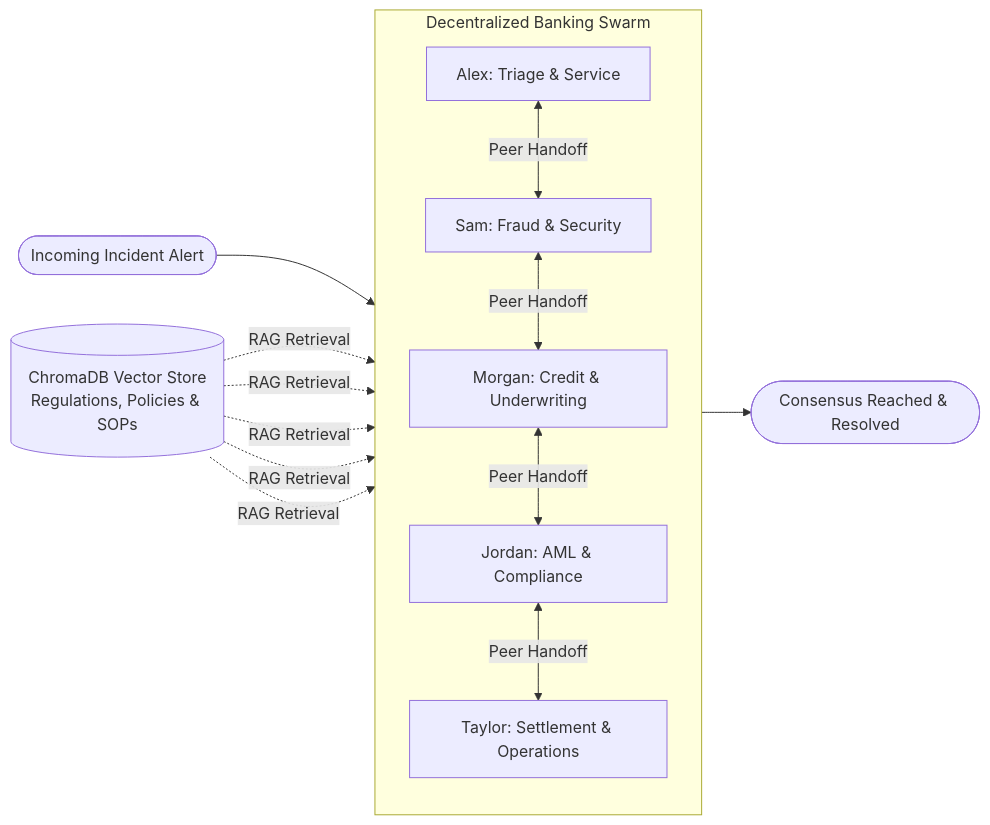
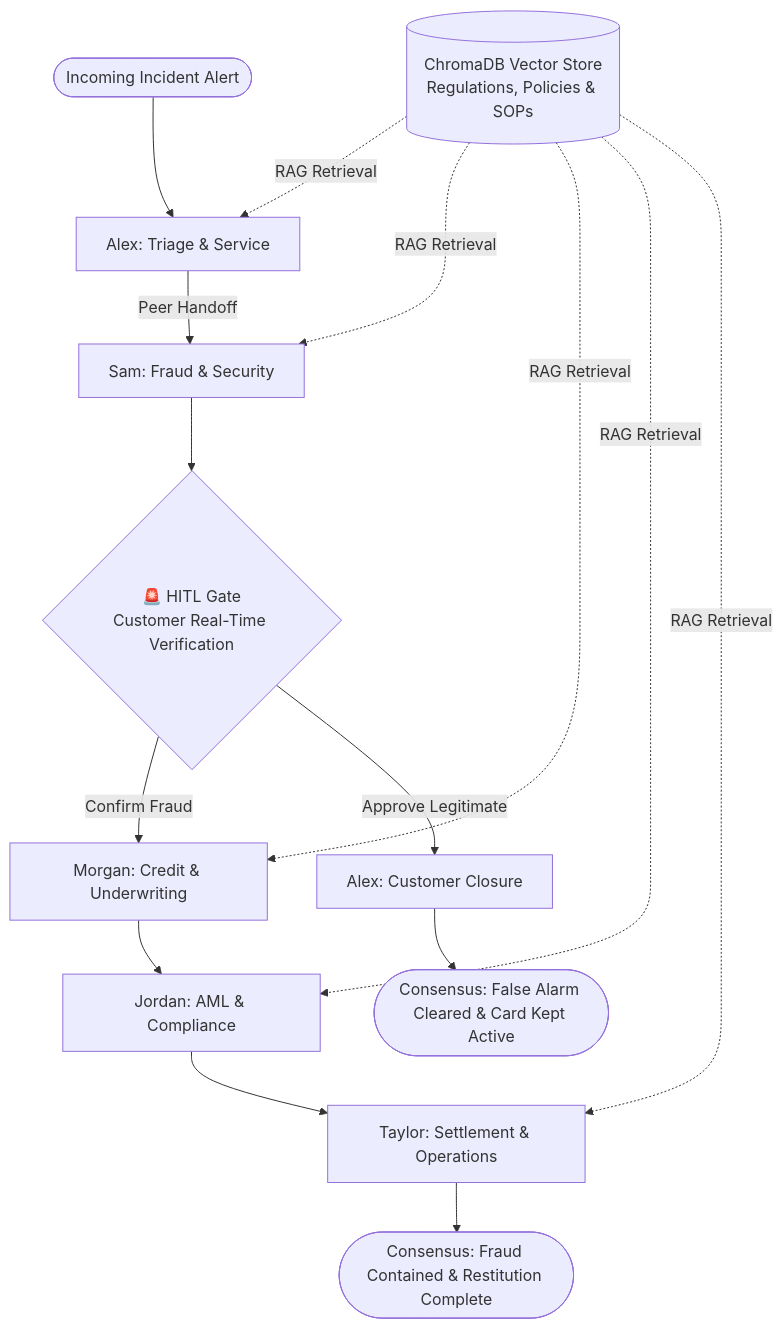
The diagram in agent.md (getvectorforce/HackathonDemo), drawn with Mermaid before and after one commit. The commit also changed 14 other files, not shown here.

Commit message:
feat: add Human-in-the-Loop (HITL) verification gate and browser web app

````diff
--- a/agent.md
+++ b/agent.md
@@ -9,20 +9,21 @@
 ```mermaid
-flowchart LR
+flowchart TD
     Start([Incoming Incident Alert]) --> Triage[Alex: Triage & Service]
+    Triage -->|Peer Handoff| Fraud[Sam: Fraud & Security]
     
-    subgraph SwarmTopology ["Decentralized Banking Swarm"]
-        direction TB
-        Triage <-->|Peer Handoff| Fraud[Sam: Fraud & Security]
-        Fraud <-->|Peer Handoff| Credit[Morgan: Credit & Underwriting]
-        Credit <-->|Peer Handoff| Compliance[Jordan: AML & Compliance]
-        Compliance <-->|Peer Handoff| Settlement[Taylor: Settlement & Operations]
-    end
+    Fraud --> HITL{"🚨 HITL Gate<br/>Customer Real-Time Verification"}
+    
+    HITL -->|Confirm Fraud| Credit[Morgan: Credit & Underwriting]
+    Credit --> Compliance[Jordan: AML & Compliance]
+    Compliance --> Settlement[Taylor: Settlement & Operations]
+    Settlement --> ResolvedFraud([Consensus: Fraud Contained & Restitution Complete])
+
+    HITL -->|Approve Legitimate| FalseAlarm[Alex: Customer Closure]
+    FalseAlarm --> ResolvedLegit([Consensus: False Alarm Cleared & Card Kept Active])
 
     ChromaDB[(ChromaDB Vector Store<br/>Regulations, Policies & SOPs)] -.->|RAG Retrieval| Triage
     ChromaDB -.->|RAG Retrieval| Fraud
     ChromaDB -.->|RAG Retrieval| Credit
     ChromaDB -.->|RAG Retrieval| Compliance
     ChromaDB -.->|RAG Retrieval| Settlement
-
-    Settlement --> Resolved([Consensus Reached & Resolved])
 ```
````
